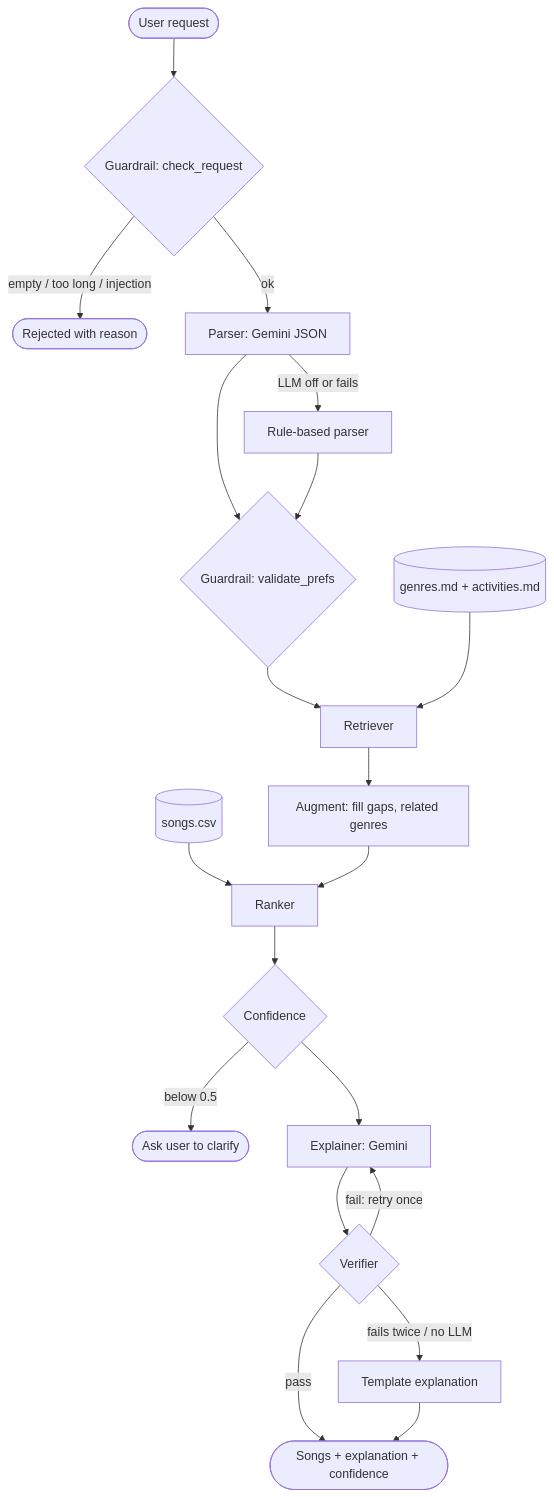
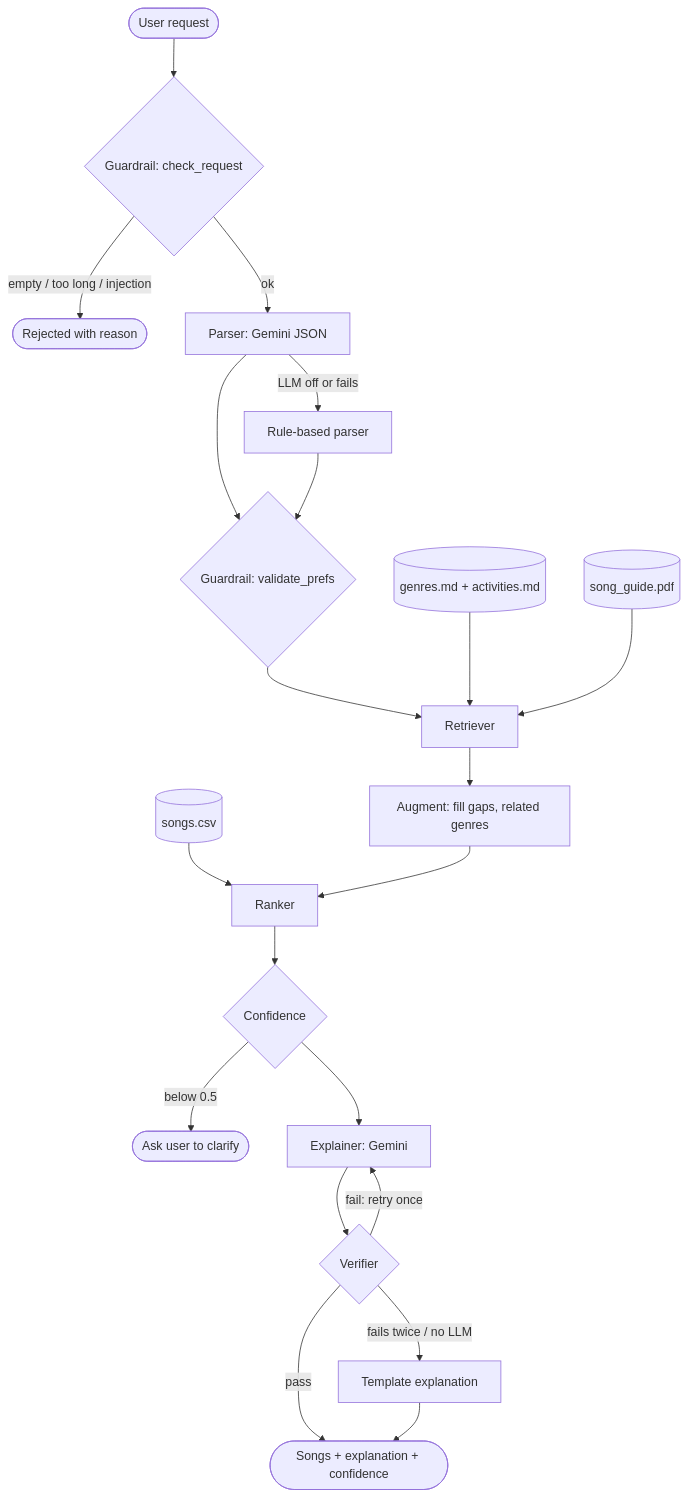
The diagram in README.md (MyOreos261/VibeFinder), drawn with Mermaid before and after one commit. The commit also changed other lines of this file and 2 other files, not shown here.

Commit message:
Document song guide retrieval, formats and size in README, model card and diagram

````diff
--- a/README.md
+++ b/README.md
@@ -24,22 +24,23 @@
 ```mermaid
 flowchart TD
     U([User request]) --> G{Guardrail: check_request}
     G -- empty / too long / injection --> R([Rejected with reason])
     G -- ok --> P[Parser: Gemini JSON]
     P -- LLM off or fails --> PR[Rule-based parser]
     P --> V{Guardrail: validate_prefs}
     PR --> V
     V --> RET[Retriever]
     KB[(genres.md + activities.md)] --> RET
+    SG[(song_guide.pdf)] --> RET
     RET --> AUG[Augment: fill gaps, related genres]
     CAT[(songs.csv)] --> RANK
     AUG --> RANK[Ranker]
     RANK --> CONF{Confidence}
     CONF -- below 0.5 --> HITL([Ask user to clarify])
     CONF --> EXP[Explainer: Gemini]
     EXP --> VER{Verifier}
     VER -- fail: retry once --> EXP
     VER -- fails twice / no LLM --> TPL[Template explanation]
     VER -- pass --> OUT([Songs + explanation + confidence])
     TPL --> OUT
 ```
````
